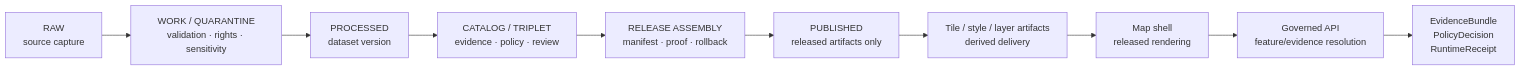
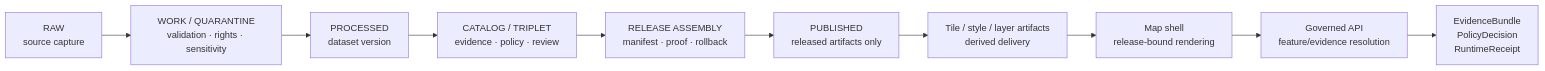
Before and after one commit to bartytime4life/Kansas-Frontier-Matrix: the first of 3 diagrams in docs/architecture/tiles/DELTA_UPDATE_MODEL.md, drawn with Mermaid. The commit also changed other lines of this file, not shown here.

````diff
--- a/docs/architecture/tiles/DELTA_UPDATE_MODEL.md
+++ b/docs/architecture/tiles/DELTA_UPDATE_MODEL.md
@@ -145,12 +150,13 @@
 ```mermaid
 flowchart LR
   RAW["RAW<br/>source capture"] --> WQ["WORK / QUARANTINE<br/>validation · rights · sensitivity"]
   WQ --> PROC["PROCESSED<br/>dataset version"]
   PROC --> CAT["CATALOG / TRIPLET<br/>evidence · policy · review"]
   CAT --> REL["RELEASE ASSEMBLY<br/>manifest · proof · rollback"]
   REL --> PUB["PUBLISHED<br/>released artifacts only"]
+
   PUB --> TILES["Tile / style / layer artifacts<br/>derived delivery"]
-  TILES --> UI["Map shell<br/>released rendering"]
+  TILES --> UI["Map shell<br/>release-bound rendering"]
   UI --> API["Governed API<br/>feature/evidence resolution"]
   API --> EB["EvidenceBundle<br/>PolicyDecision<br/>RuntimeReceipt"]
 ```
````
